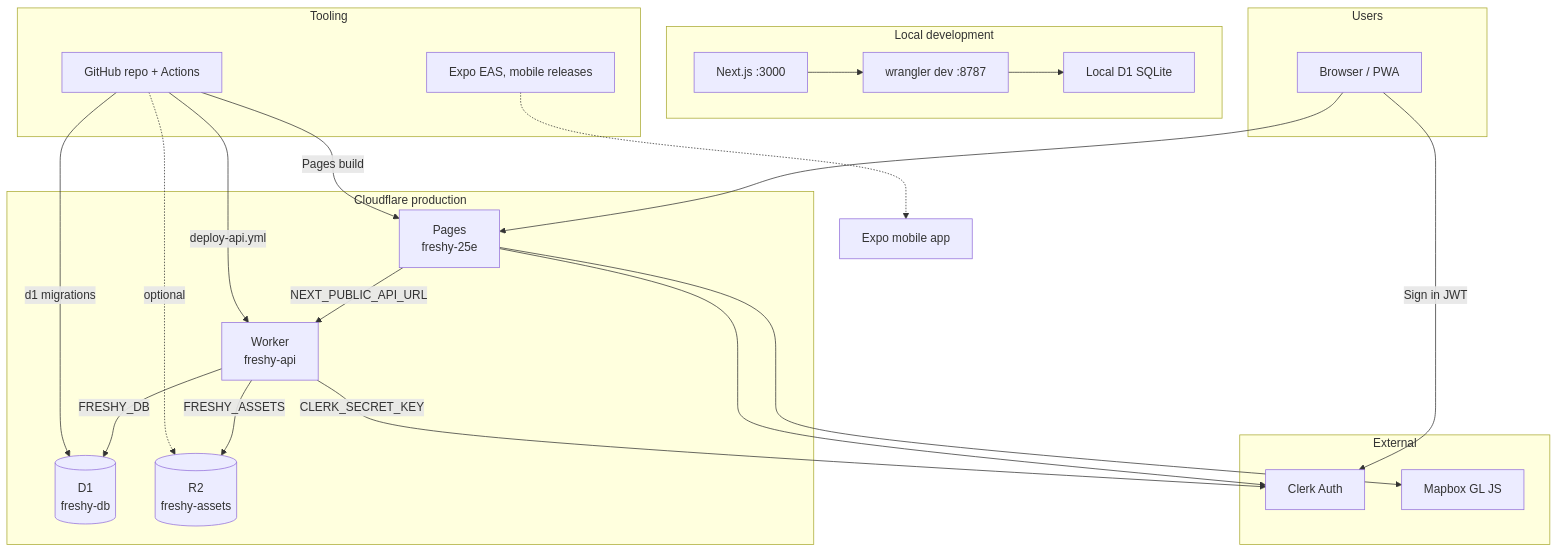
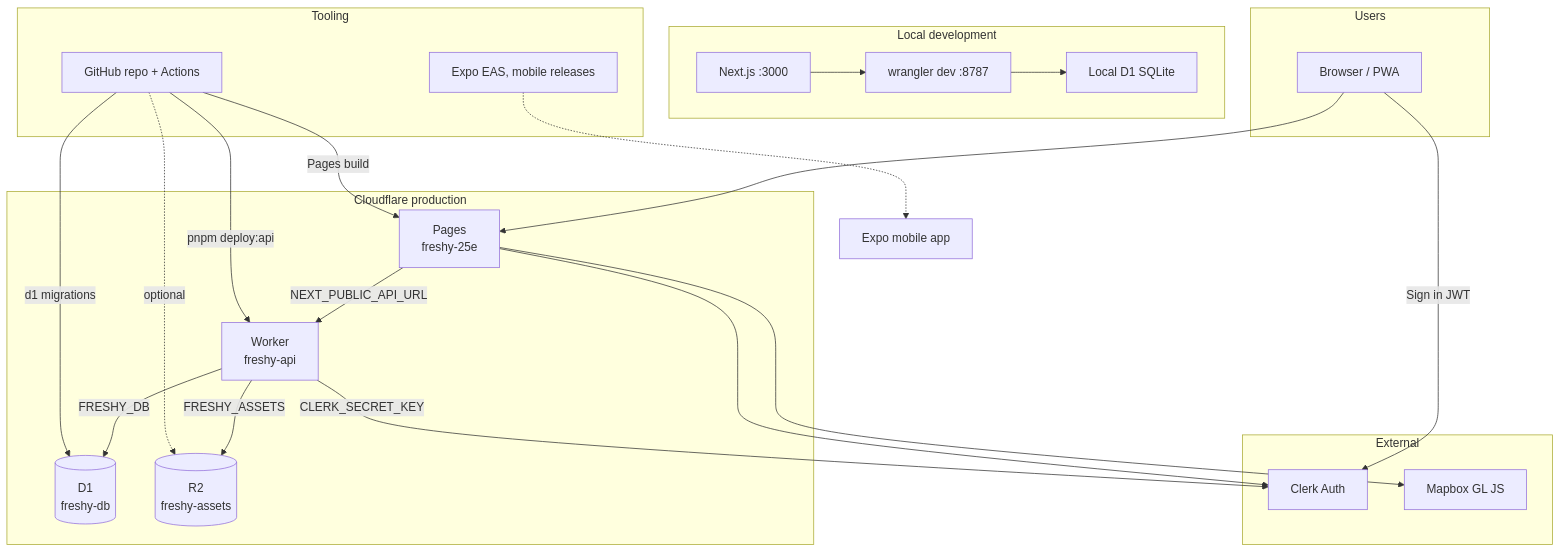
One commit to alexandrelheinen/freshy changed the first of 2 diagrams in docs/platforms.md. Above: the diagram before and after it, drawn with Mermaid. The commit also changed other lines of this file and 43 other files, not shown here.

````diff
--- a/docs/platforms.md
+++ b/docs/platforms.md
@@ -33,45 +33,45 @@
 ```mermaid
 flowchart TB
     subgraph users [Users]
         Browser[Browser / PWA]
     end
 
     subgraph cf [Cloudflare production]
         Pages["Pages<br/>freshy-25e"]
         Worker["Worker<br/>freshy-api"]
         D1[(D1<br/>freshy-db)]
         R2[(R2<br/>freshy-assets)]
     end
 
     subgraph external [External]
         Clerk[Clerk Auth]
         Mapbox[Mapbox GL JS]
     end
 
     subgraph dev [Local development]
         LocalWeb[Next.js :3000]
         LocalWorker[wrangler dev :8787]
         LocalD1[Local D1 SQLite]
     end
 
     subgraph tooling [Tooling]
         GitHub[GitHub repo + Actions]
         EAS[Expo EAS, mobile releases]
     end
 
     Browser --> Pages
     Pages -->|NEXT_PUBLIC_API_URL| Worker
     Pages --> Mapbox
     Pages --> Clerk
     Worker -->|FRESHY_DB| D1
     Worker -->|FRESHY_ASSETS| R2
     Worker -->|CLERK_SECRET_KEY| Clerk
     Browser -->|Sign in JWT| Clerk
 
     LocalWeb --> LocalWorker --> LocalD1
     GitHub -->|Pages build| Pages
-    GitHub -->|deploy-api.yml| Worker
+    GitHub -->|pnpm deploy:api| Worker
     GitHub -->|d1 migrations| D1
     GitHub -.->|optional| R2
     EAS -.-> Mobile[Expo mobile app]
 ```
````
